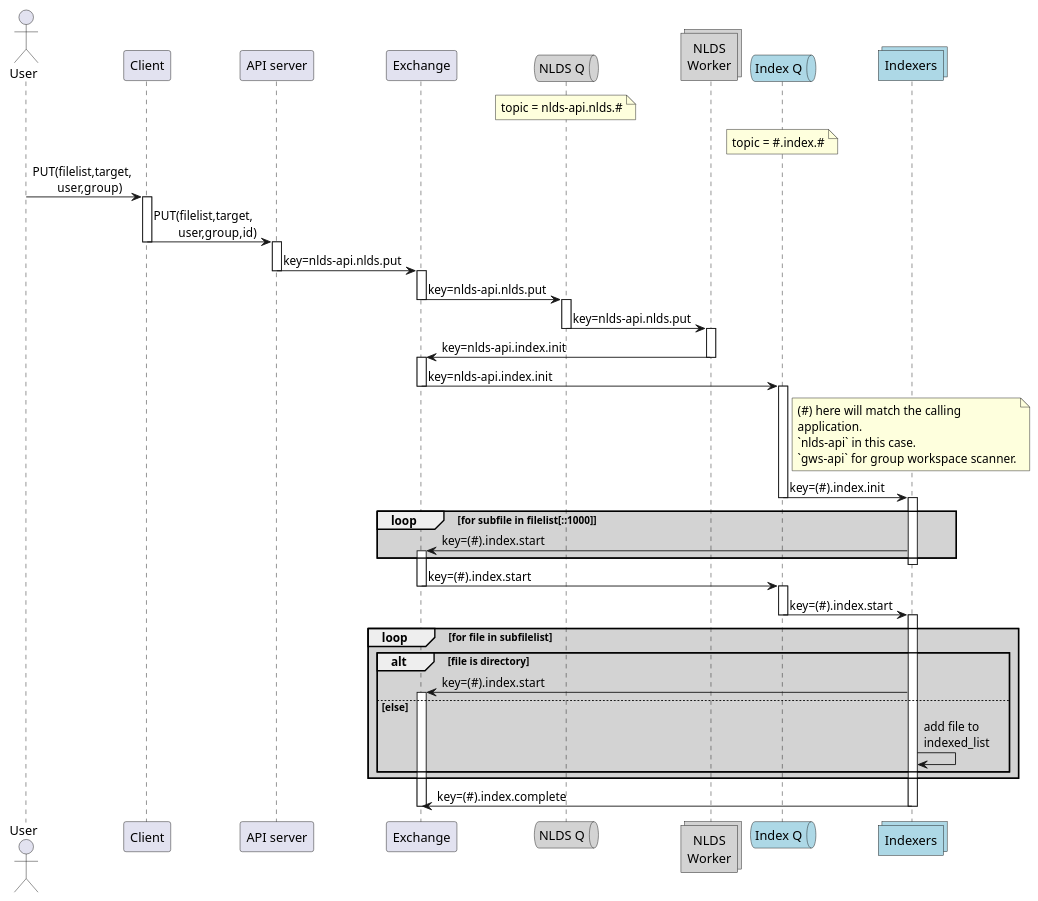
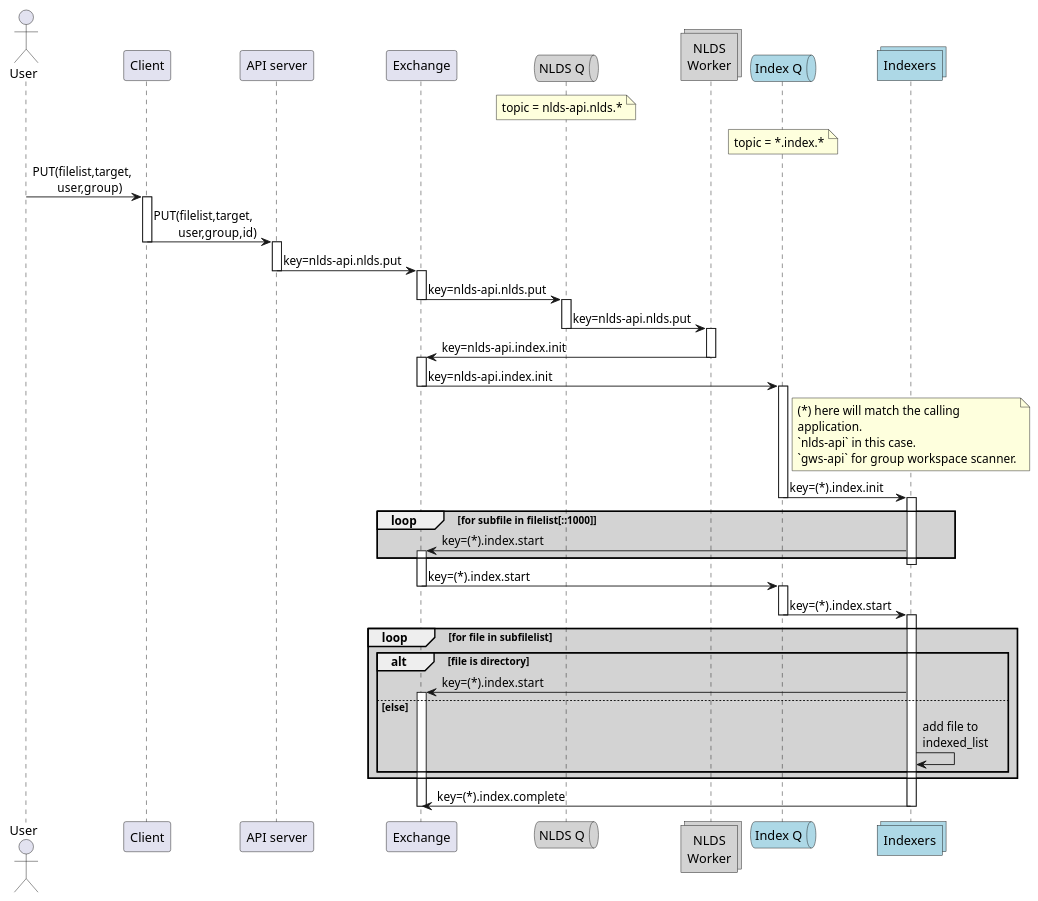
The diagram in docs/spec/uml/message_flow_put1.puml (cedadev/nlds), drawn with PlantUML before and after one commit. The commit also changed 13 other files, not shown here.

```diff
--- a/docs/spec/uml/message_flow_put1.puml
+++ b/docs/spec/uml/message_flow_put1.puml
@@ -1,90 +1,90 @@
 @startuml message_flow_put1
 
 actor user as "User"
 participant client as "Client"
 participant server as "API server"
 participant wex as "Exchange"
 
 queue qw as "NLDS Q" #lightgrey
 note over qw
-    topic = nlds-api.nlds.#
+    topic = nlds-api.nlds.*
 end note
 collections work as "NLDS\nWorker" #lightgrey
 /'
 database iddb as "Transaction DB" #lightgrey
 '/
 queue qs as "Index Q" #lightblue
 note over qs
-    topic = #.index.#
+    topic = *.index.*
 end note
 collections index as "Indexers" #lightblue
 
 user -> client : PUT(filelist,target,\n\tuser,group)
 activate client
 client -> server : PUT(filelist,target,\n\tuser,group,id)
 deactivate client
 activate server
 server -> wex : key=nlds-api.nlds.put
 deactivate server
 activate wex
 wex -> qw : key=nlds-api.nlds.put
 deactivate wex
 activate qw
 qw -> work : key=nlds-api.nlds.put
 deactivate qw
 
 activate work
 work -> wex : key=nlds-api.index.init
 deactivate work
 activate wex
 /'work -> iddb : INSERT(id,target,\n\tuser,group)'/
 wex -> qs : key=nlds-api.index.init
 deactivate wex
 
 note right of qs
-    (#) here will match the calling
+    (*) here will match the calling
     application.
     `nlds-api` in this case.
     `gws-api` for group workspace scanner.
 end note
 activate qs
-qs -> index : key=(#).index.init
+qs -> index : key=(*).index.init
 deactivate qs
 activate index
 loop #lightgrey for subfile in filelist[::1000]
-    index -> wex : key=(#).index.start
+    index -> wex : key=(*).index.start
     activate wex
 end
 deactivate index
-wex -> qs : key=(#).index.start
+wex -> qs : key=(*).index.start
 deactivate wex
 activate qs
-qs -> index : key=(#).index.start
+qs -> index : key=(*).index.start
 deactivate qs
 activate index
 loop #lightgrey for file in subfilelist 
     alt file is directory
-        index -> wex : key=(#).index.start
+        index -> wex : key=(*).index.start
         activate wex
     else else
         index -> index : add file to\nindexed_list
     end
 end
-index -> wex : key=(#).index.complete
+index -> wex : key=(*).index.complete
 deactivate index
 /'
 wex -> qs : key=nlds.index.index
 '/
 deactivate wex
 /'
 activate qs
 qs -> index : key=nlds.index.index
 deactivate qs
 activate index
 loop #lightgrey for file in filelist 
     index -> index : add file to\nindexed_list
 end
 index -> wex : key=nlds.index.complete
 deactivate index
 '/
 @enduml
```
